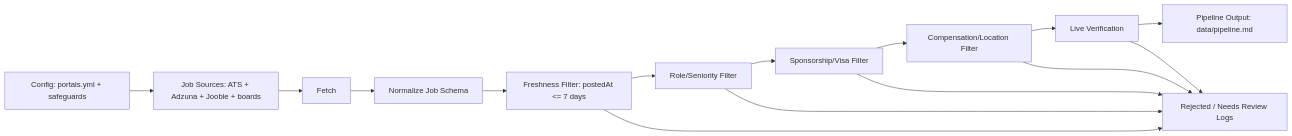
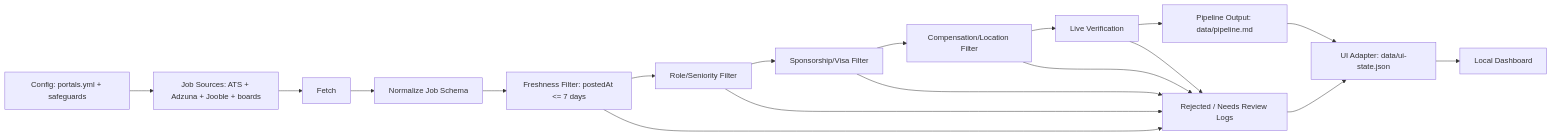
One commit to purraxis/career-ops-ai-job-scanner changed the diagram in README.md. Above: the diagram before and after it, drawn with Mermaid. The commit also changed other lines of this file and 14 other files, not shown here.

````diff
--- a/README.md
+++ b/README.md
@@ -82,17 +82,20 @@
 ```mermaid
 flowchart LR
   A["Config: portals.yml + safeguards"] --> B["Job Sources: ATS + Adzuna + Jooble + boards"]
   B --> C["Fetch"]
   C --> D["Normalize Job Schema"]
   D --> E["Freshness Filter: postedAt <= 7 days"]
   E --> F["Role/Seniority Filter"]
   F --> G["Sponsorship/Visa Filter"]
   G --> H["Compensation/Location Filter"]
   H --> I["Live Verification"]
   I --> J["Pipeline Output: data/pipeline.md"]
+  J --> L["UI Adapter: data/ui-state.json"]
+  K --> L
+  L --> M["Local Dashboard"]
   E --> K["Rejected / Needs Review Logs"]
   F --> K
   G --> K
   H --> K
   I --> K
 ```
````
